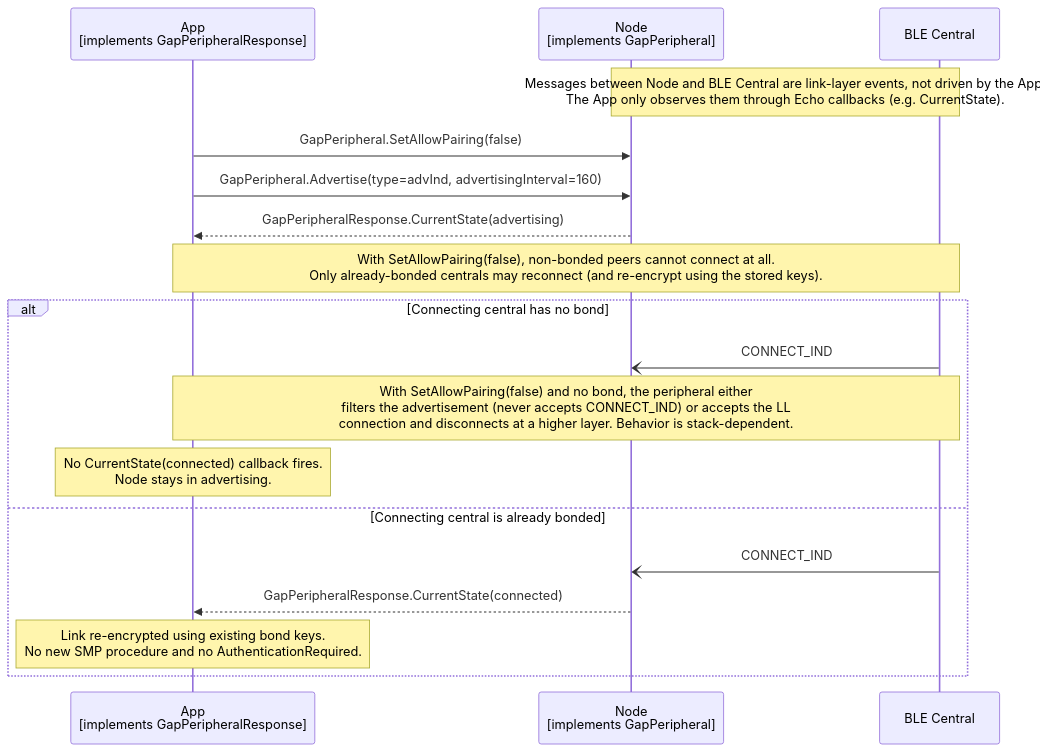
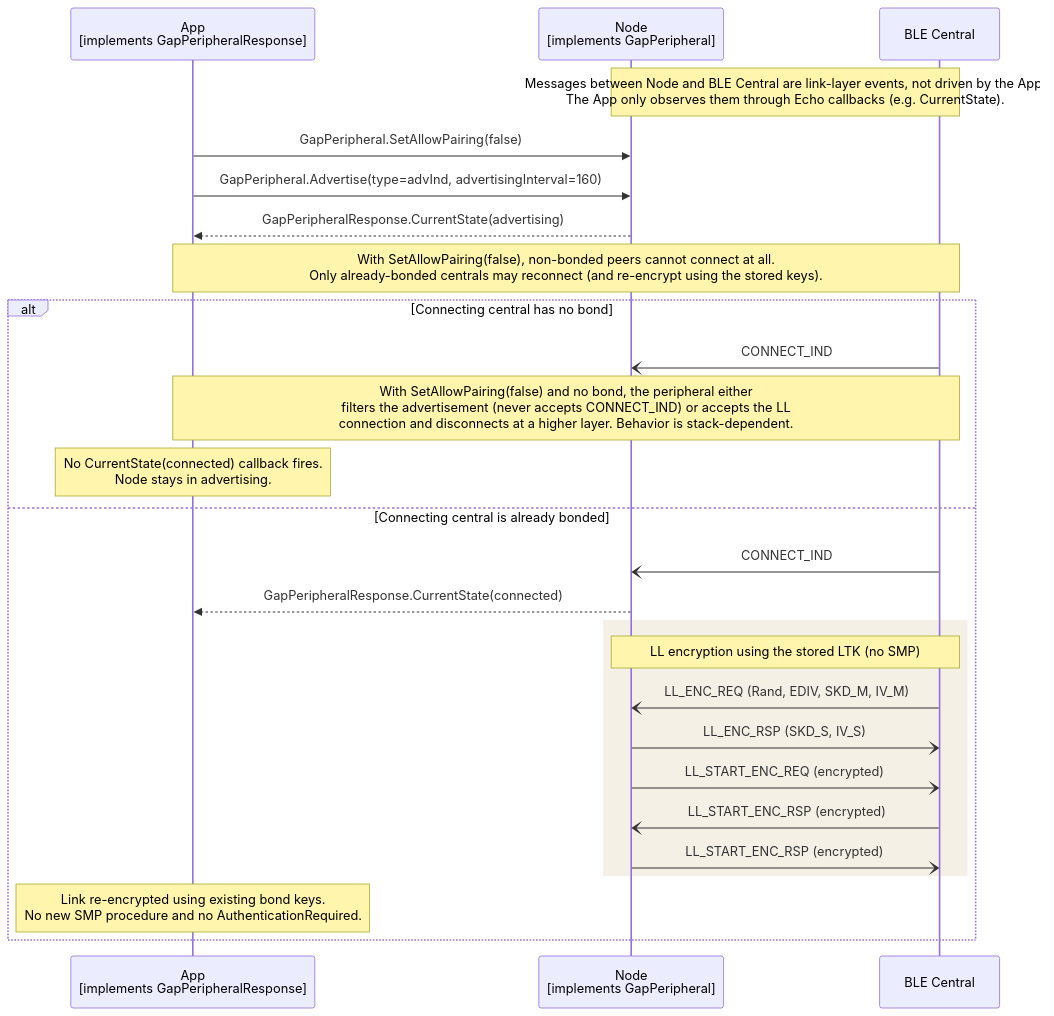
Before and after one commit to philips-software/amp-embedded-infra-lib: the diagram in documents/modules/ROOT/partials/echoservices/gap_peripheral/GapPeripheral_AllowPairingRejection_sequence.mmd, drawn with Mermaid. The commit also changed 8 other files, not shown here.

```diff
--- a/documents/modules/ROOT/partials/echoservices/gap_peripheral/GapPeripheral_AllowPairingRejection_sequence.mmd
+++ b/documents/modules/ROOT/partials/echoservices/gap_peripheral/GapPeripheral_AllowPairingRejection_sequence.mmd
@@ -1,23 +1,31 @@
 sequenceDiagram
     participant App as App<br>[implements GapPeripheralResponse]
     participant Node as Node<br>[implements GapPeripheral]
     participant Central as BLE Central
 
 
     Note over Node, Central: Messages between Node and BLE Central are link-layer events, not driven by the App.<br>The App only observes them through Echo callbacks (e.g. CurrentState).
 
     App->>Node: GapPeripheral.SetAllowPairing(false)
     App->>Node: GapPeripheral.Advertise(type=advInd, advertisingInterval=160)
     Node-->>App: GapPeripheralResponse.CurrentState(advertising)
 
     Note over App, Central: With SetAllowPairing(false), non-bonded peers cannot connect at all.<br>Only already-bonded centrals may reconnect (and re-encrypt using the stored keys).
 
     alt Connecting central has no bond
         Central-)Node: CONNECT_IND
         Note over App, Central: With SetAllowPairing(false) and no bond, the peripheral either<br>filters the advertisement (never accepts CONNECT_IND) or accepts the LL<br>connection and disconnects at a higher layer. Behavior is stack-dependent.
         Note over App: No CurrentState(connected) callback fires.<br>Node stays in advertising.
     else Connecting central is already bonded
         Central-)Node: CONNECT_IND
         Node-->>App: GapPeripheralResponse.CurrentState(connected)
+        rect rgb(245, 240, 230)
+            Note over Node, Central: LL encryption using the stored LTK (no SMP)
+            Central-)Node: LL_ENC_REQ (Rand, EDIV, SKD_M, IV_M)
+            Node-)Central: LL_ENC_RSP (SKD_S, IV_S)
+            Node-)Central: LL_START_ENC_REQ (encrypted)
+            Central-)Node: LL_START_ENC_RSP (encrypted)
+            Node-)Central: LL_START_ENC_RSP (encrypted)
+        end
         Note over App: Link re-encrypted using existing bond keys.<br>No new SMP procedure and no AuthenticationRequired.
     end
```
